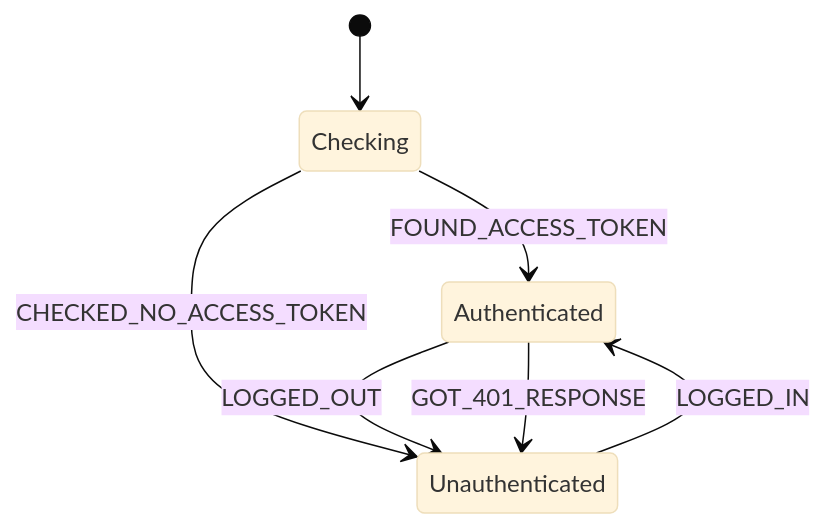
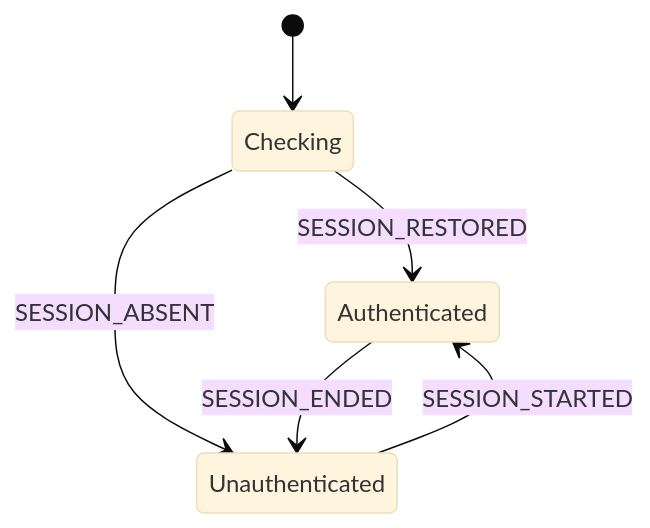
The first of 4 diagrams in mobile/doc/authentication.md (floels/pinit), drawn with Mermaid (base theme) before and after one commit. The commit also changed other lines of this file and 9 other files, not shown here.

````diff
--- a/mobile/doc/authentication.md
+++ b/mobile/doc/authentication.md
@@ -24,9 +24,8 @@
 ```mermaid
 stateDiagram-v2
     [*] --> Checking
-    Checking --> Authenticated : FOUND_ACCESS_TOKEN
-    Checking --> Unauthenticated : CHECKED_NO_ACCESS_TOKEN
-    Unauthenticated --> Authenticated : LOGGED_IN
-    Authenticated --> Unauthenticated : LOGGED_OUT
-    Authenticated --> Unauthenticated : GOT_401_RESPONSE
+    Checking --> Authenticated : SESSION_RESTORED
+    Checking --> Unauthenticated : SESSION_ABSENT
+    Unauthenticated --> Authenticated : SESSION_STARTED
+    Authenticated --> Unauthenticated : SESSION_ENDED
 ```
````
